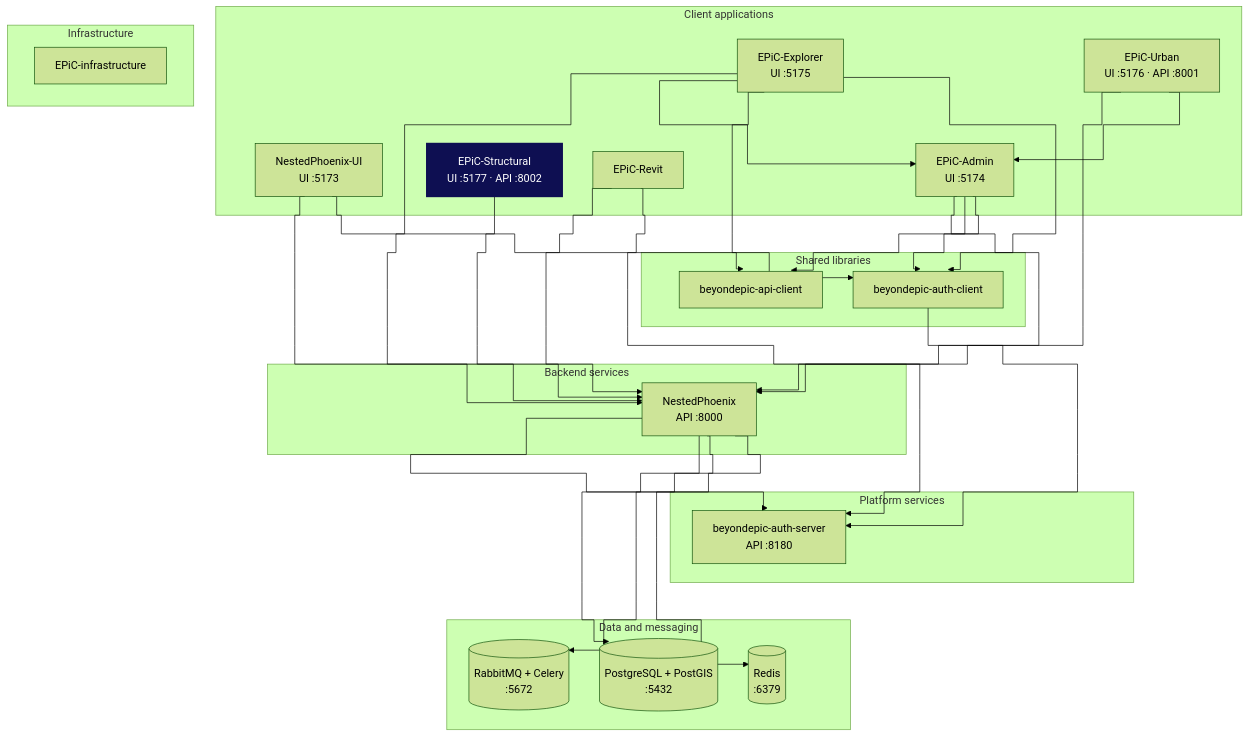
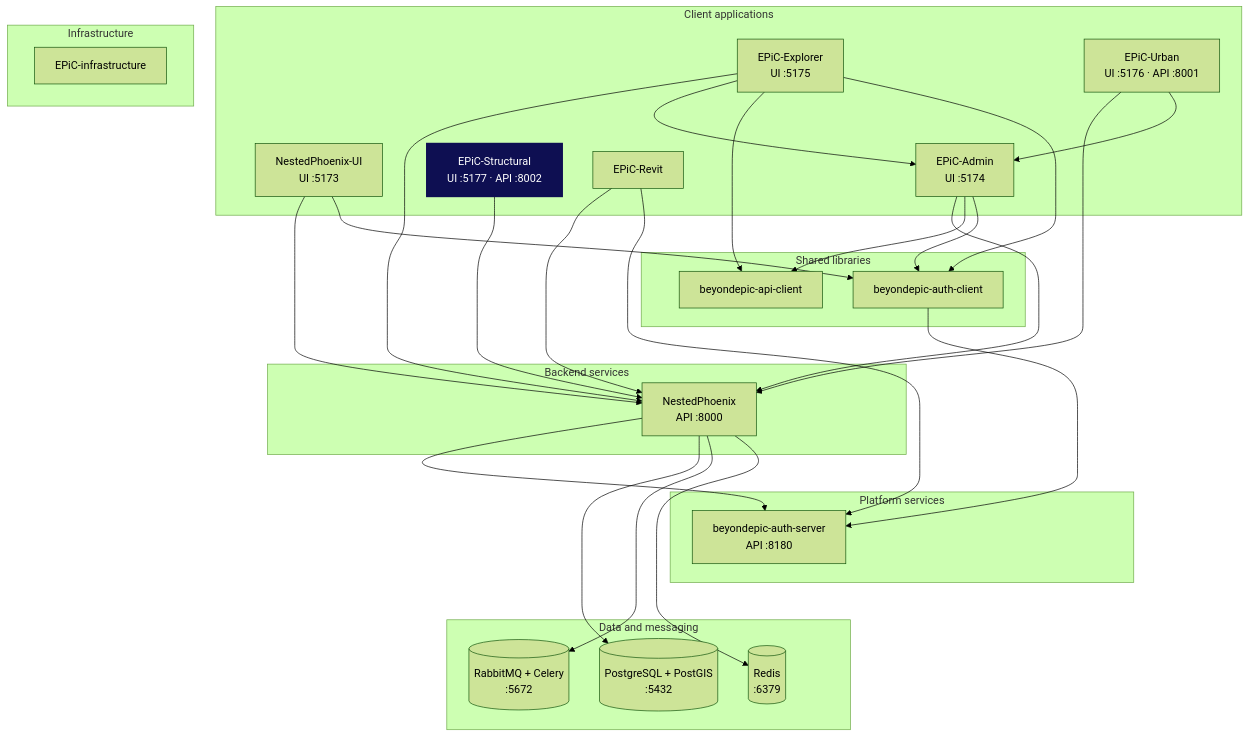
The diagram in README.md (beyondepic/EPiC-Structural), drawn with Mermaid (forest theme) before and after one commit.

Commit message:
revert(diagram): back to default edge routing (#6)
curve: step was worse in practice. On a graph this dense the right angles
overlap and stack into parallel runs that are harder to follow than the bezier
curves they replaced.

The spacing tightening is kept - it affects tier layout, not edge shape.

Generated: edit .context/repos.yaml in beyondepic-workspace, not this block.

````diff
--- a/README.md
+++ b/README.md
@@ -36,54 +36,54 @@
 ```mermaid
-%%{init: {"flowchart": {"curve": "step", "nodeSpacing": 45, "rankSpacing": 55}}}%%
+%%{init: {"flowchart": {"nodeSpacing": 45, "rankSpacing": 55}}}%%
 graph TD
     subgraph client["Client applications"]
         NestedPhoenix_UI["NestedPhoenix-UI<br/>UI :5173"]
         EPiC_Admin["EPiC-Admin<br/>UI :5174"]
         EPiC_Explorer["EPiC-Explorer<br/>UI :5175"]
         EPiC_Urban["EPiC-Urban<br/>UI :5176 · API :8001"]
         EPiC_Structural["EPiC-Structural<br/>UI :5177 · API :8002"]
         EPiC_Revit["EPiC-Revit"]
     end
     subgraph shared["Shared libraries"]
         beyondepic_api_client["beyondepic-api-client"]
         beyondepic_auth_client["beyondepic-auth-client"]
     end
     subgraph service["Backend services"]
         NestedPhoenix["NestedPhoenix<br/>API :8000"]
     end
     subgraph platform["Platform services"]
         beyondepic_auth_server["beyondepic-auth-server<br/>API :8180"]
     end
     subgraph infra["Infrastructure"]
         EPiC_infrastructure["EPiC-infrastructure"]
     end
     subgraph data["Data and messaging"]
         postgresql[("PostgreSQL + PostGIS<br/>:5432")]
         rabbitmq[("RabbitMQ + Celery<br/>:5672")]
         redis[("Redis<br/>:6379")]
     end
     NestedPhoenix_UI --> NestedPhoenix
     NestedPhoenix_UI --> beyondepic_auth_client
     EPiC_Admin --> NestedPhoenix
     EPiC_Admin --> beyondepic_api_client
     EPiC_Admin --> beyondepic_auth_client
     EPiC_Explorer --> NestedPhoenix
     EPiC_Explorer --> EPiC_Admin
     EPiC_Explorer --> beyondepic_api_client
     EPiC_Explorer --> beyondepic_auth_client
     EPiC_Urban --> NestedPhoenix
     EPiC_Urban --> EPiC_Admin
     EPiC_Structural --> NestedPhoenix
     EPiC_Revit --> NestedPhoenix
     EPiC_Revit --> beyondepic_auth_server
     beyondepic_auth_client --> beyondepic_auth_server
     NestedPhoenix --> beyondepic_auth_server
     NestedPhoenix --> postgresql
     NestedPhoenix --> rabbitmq
     NestedPhoenix --> redis
     NestedPhoenix_UI ~~~ beyondepic_api_client
     beyondepic_api_client ~~~ NestedPhoenix
     NestedPhoenix ~~~ beyondepic_auth_server
     beyondepic_auth_server ~~~ postgresql
     style EPiC_Structural fill:#0E0F52,color:#fff,stroke:#0E0F52,stroke-width:2px
 ```
````
